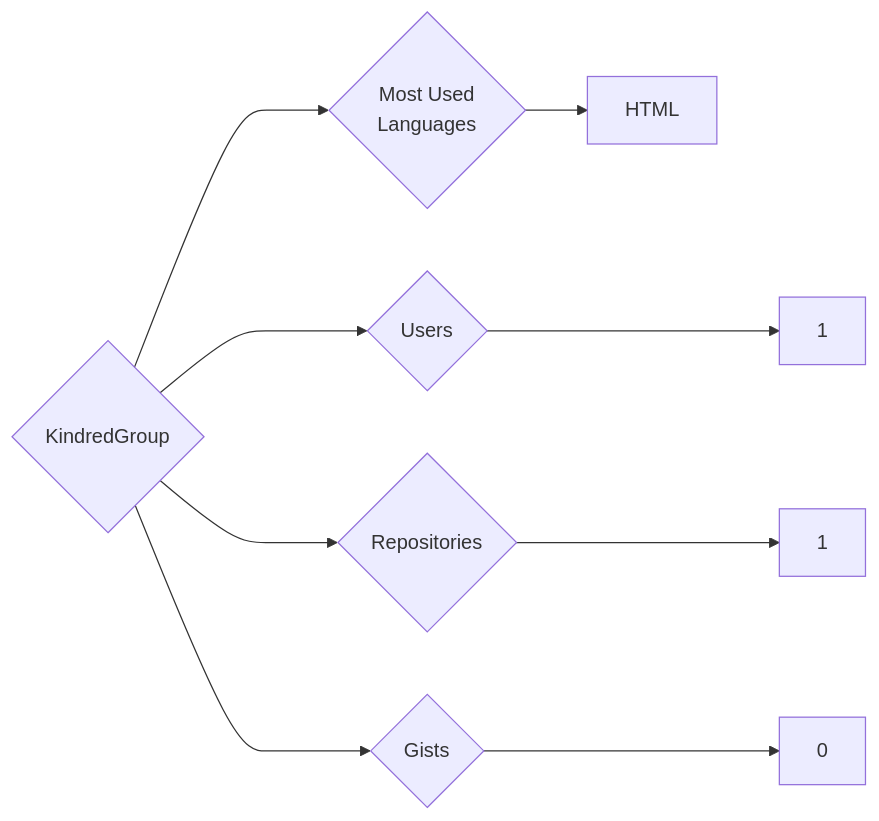
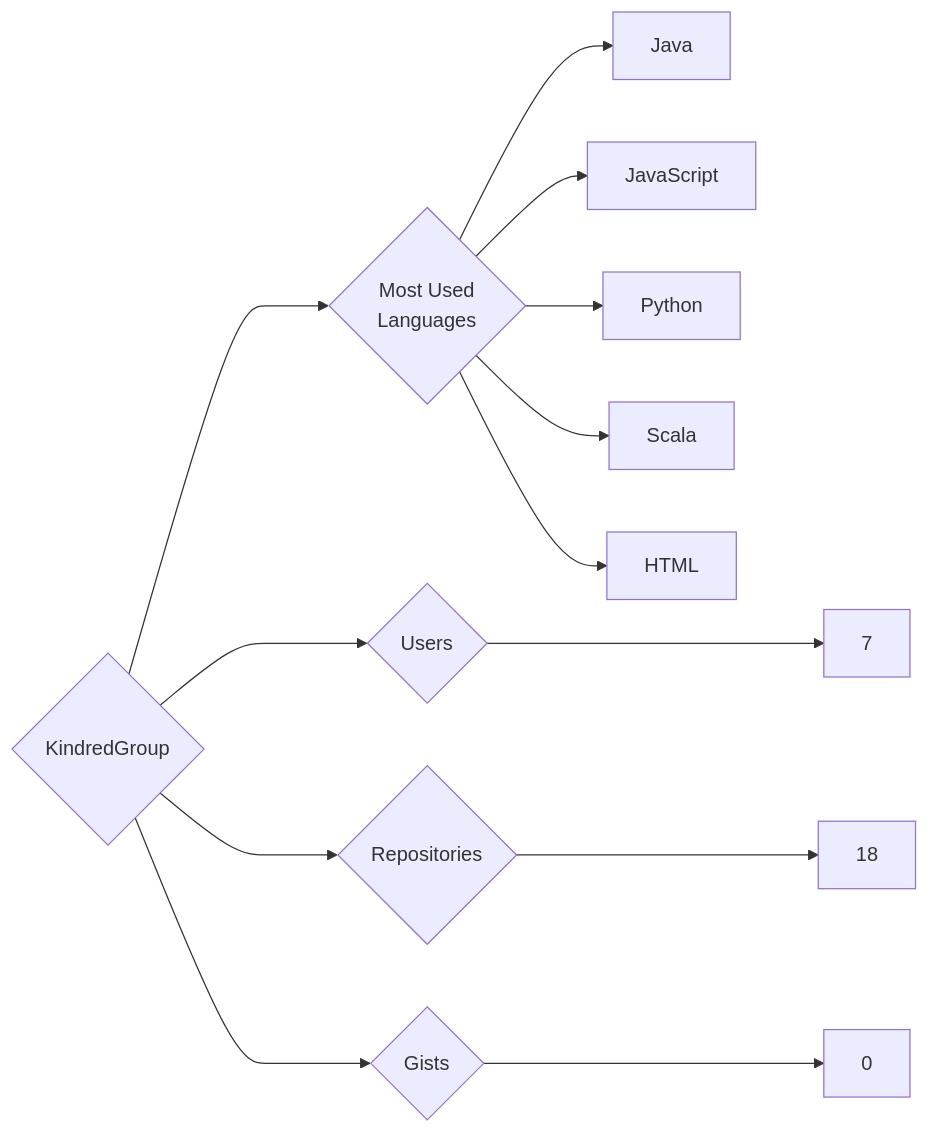
The diagram in targets/KindredGroup/README.md (trickest/insiders), drawn with Mermaid before and after one commit. The commit also changed 1314 other files, not shown here.

````diff
--- a/targets/KindredGroup/README.md
+++ b/targets/KindredGroup/README.md
@@ -3,9 +3,13 @@
 ```mermaid
 graph LR
 COMPANY_NAME{KindredGroup}
-COMPANY_NAME ---> U{Users} ---> UN[1]
-COMPANY_NAME ---> R{Repositories} ---> RN[1]
+COMPANY_NAME ---> U{Users} ---> UN[7]
+COMPANY_NAME ---> R{Repositories} ---> RN[18]
 COMPANY_NAME ---> G{Gists} ---> GN[0]
 COMPANY_NAME ---> ML{Most Used<br>Languages}
+ML --> Java[Java]
+ML --> JavaScript[JavaScript]
+ML --> Python[Python]
+ML --> Scala[Scala]
 ML --> HTML[HTML]
 ```
````
